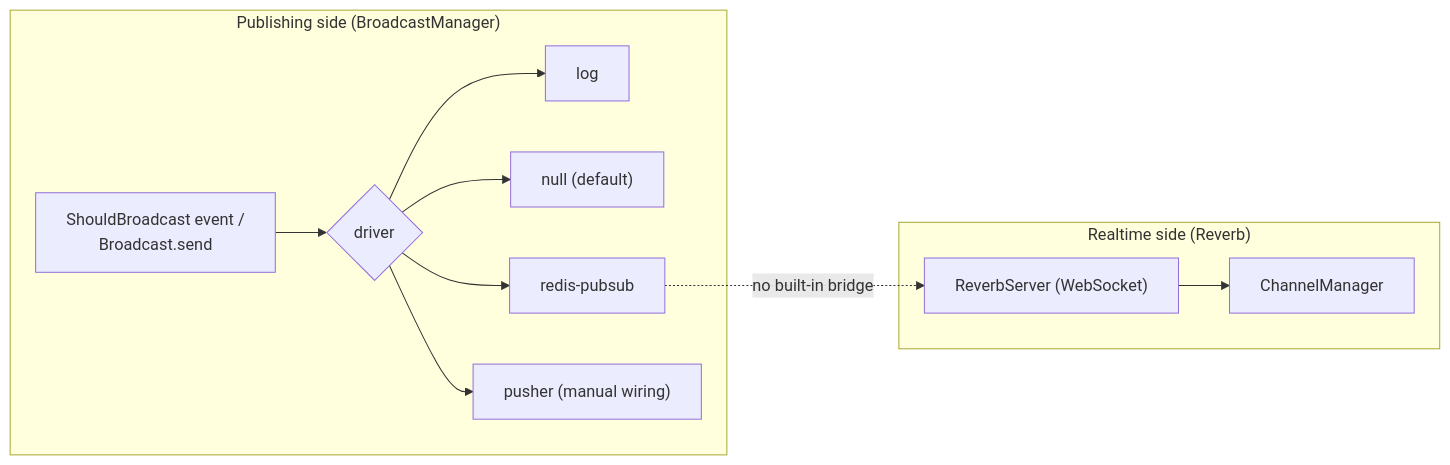
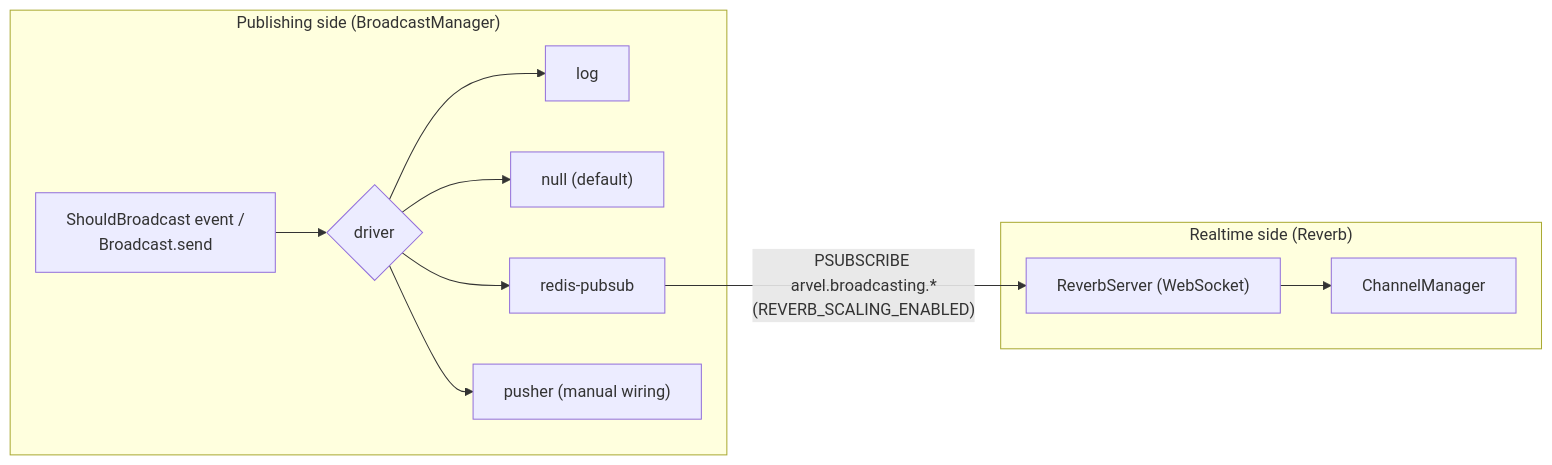
The first of 3 diagrams in docs/subsystems/broadcasting.md (mohamed-rekiba/arvel), drawn with Mermaid before and after one commit. The commit also changed other lines of this file and 7 other files, not shown here.

First line of the commit message:
fix(reverb): wire the Redis broadcast→Reverb fan-out per ADR-013 §4

````diff
--- a/docs/subsystems/broadcasting.md
+++ b/docs/subsystems/broadcasting.md
@@ -9,14 +9,14 @@
 ```mermaid
 flowchart LR
     subgraph publish ["Publishing side (BroadcastManager)"]
         Ev["ShouldBroadcast event /<br/>Broadcast.send"] --> Drv{driver}
         Drv --> Log["log"]
         Drv --> Null["null (default)"]
         Drv --> Redis["redis-pubsub"]
         Drv --> Pusher["pusher (manual wiring)"]
     end
     subgraph realtime ["Realtime side (Reverb)"]
         WS["ReverbServer (WebSocket)"] --> CM["ChannelManager"]
     end
-    Redis -. "no built-in bridge" .-> WS
+    Redis -- "PSUBSCRIBE arvel.broadcasting.*<br/>(REVERB_SCALING_ENABLED)" --> WS
 ```
````
